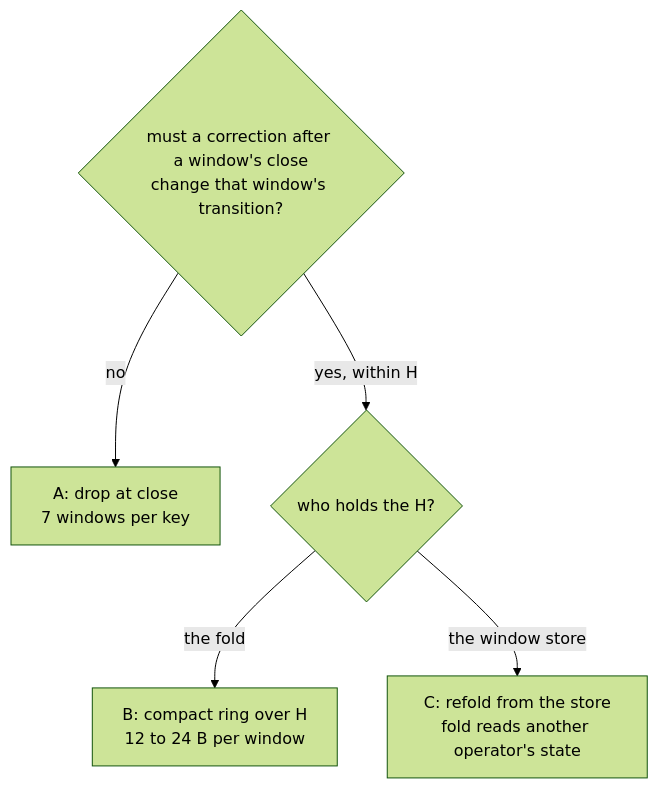
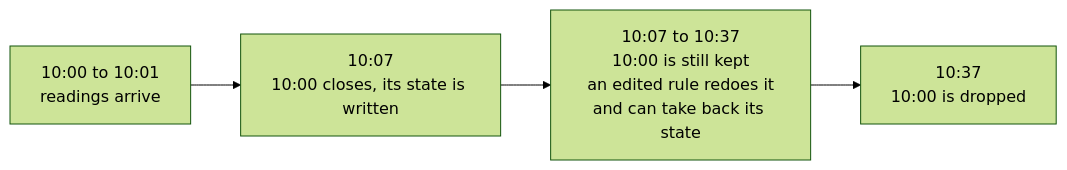
The second of 3 diagrams in paper/research/16-fold-state-per-key.md (abossard/sattle), drawn with Mermaid (forest theme) before and after one commit. The commit also changed other lines of this file, not shown here.

````diff
--- a/paper/research/16-fold-state-per-key.md
+++ b/paper/research/16-fold-state-per-key.md
@@ -80,7 +40,6 @@
 ```mermaid
-flowchart TB
-  Q{"must a correction after a window's close<br/>change that window's transition?"} -->|"no"| A["A: drop at close<br/>7 windows per key"]
-  Q -->|"yes, within H"| W{"who holds the H?"}
-  W -->|"the fold"| B["B: compact ring over H<br/>12 to 24 B per window"]
-  W -->|"the window store"| C["C: refold from the store<br/>fold reads another operator's state"]
+flowchart LR
+  A["10:00 to 10:01<br/>readings arrive"] --> B["10:07<br/>10:00 closes, its state is written"]
+  B --> C["10:07 to 10:37<br/>10:00 is still kept<br/>an edited rule redoes it<br/>and can take back its state"]
+  C --> D["10:37<br/>10:00 is dropped"]
 ```
````
